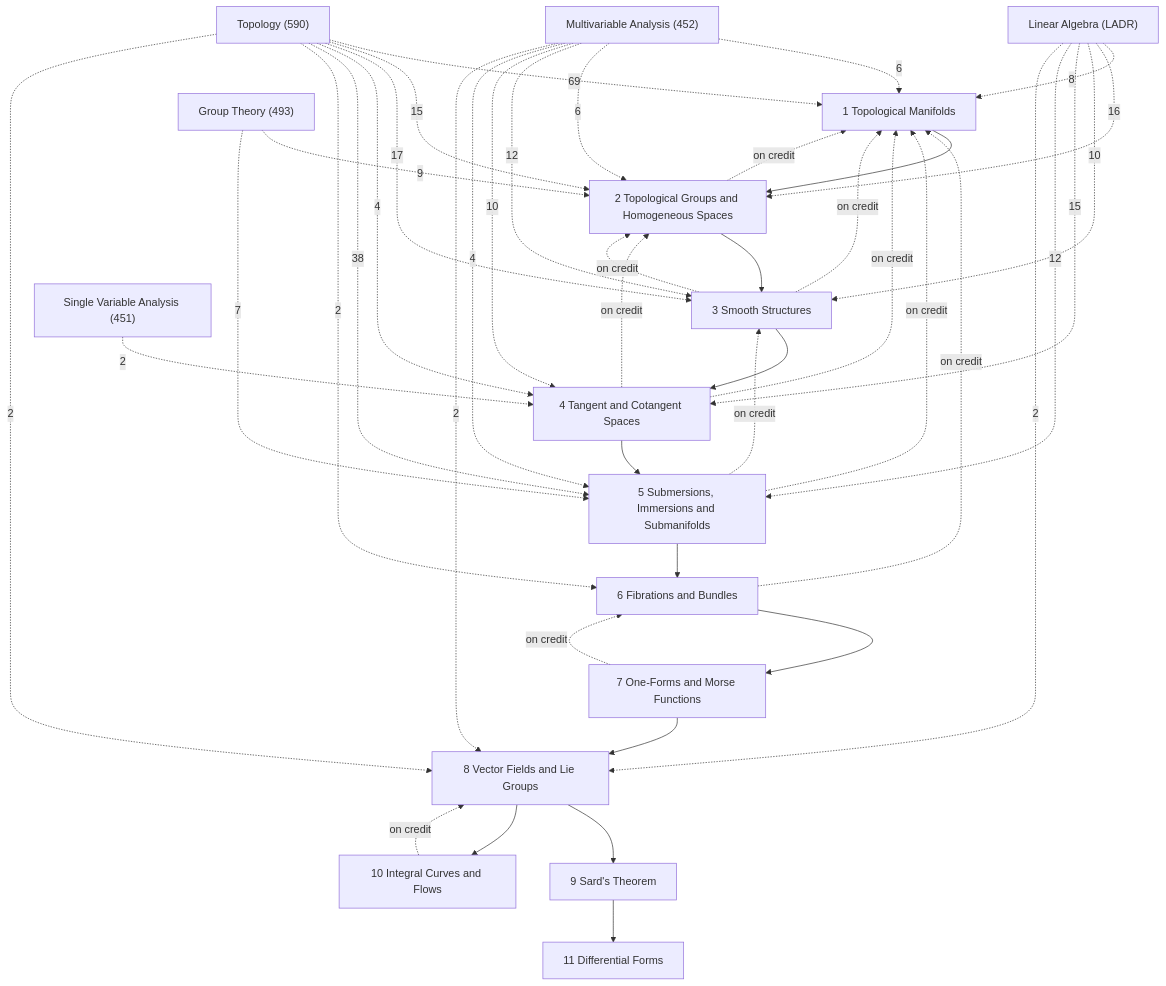
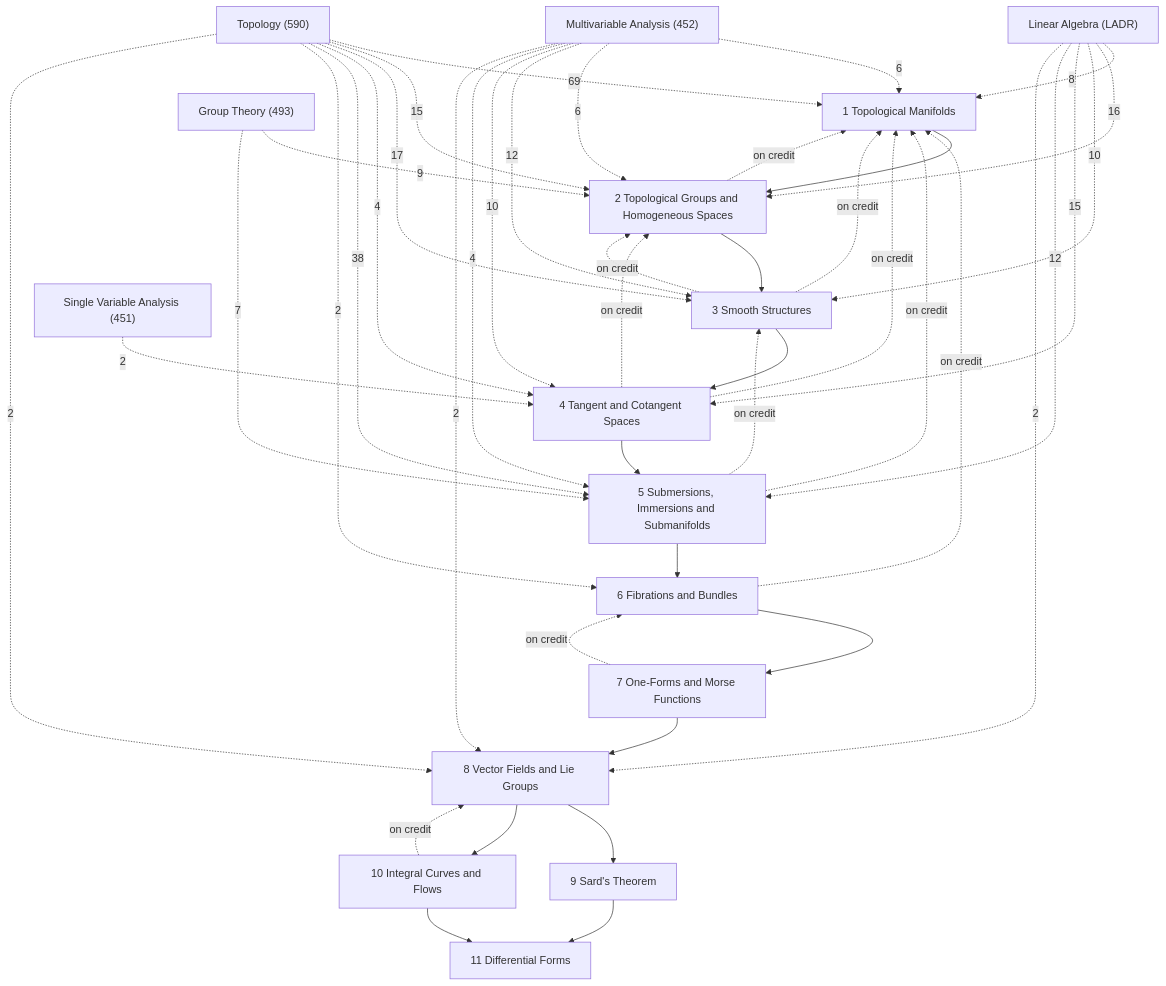
Before and after one commit to Onion20040508/notes: the diagram in Math/Differentiable Manifolds/Differentiable Manifolds.md, drawn with Mermaid. The commit also changed other lines of this file and 30 other files, not shown here.

````diff
--- a/Math/Differentiable Manifolds/Differentiable Manifolds.md
+++ b/Math/Differentiable Manifolds/Differentiable Manifolds.md
@@ -27,61 +27,62 @@
 ```mermaid
 graph TD
   C1["1 Topological Manifolds"]
   C2["2 Topological Groups and Homogeneous Spaces"]
   C3["3 Smooth Structures"]
   C4["4 Tangent and Cotangent Spaces"]
   C5["5 Submersions, Immersions and Submanifolds"]
   C6["6 Fibrations and Bundles"]
   C7["7 One-Forms and Morse Functions"]
   C8["8 Vector Fields and Lie Groups"]
   C9["9 Sard's Theorem"]
   C10["10 Integral Curves and Flows"]
   C11["11 Differential Forms"]
   X1["Topology (590)"]
   X2["Multivariable Analysis (452)"]
   X3["Linear Algebra (LADR)"]
   X4["Group Theory (493)"]
   X5["Single Variable Analysis (451)"]
   C1 --> C2
   C2 --> C3
   C3 --> C4
   C4 --> C5
   C5 --> C6
   C6 --> C7
   C7 --> C8
   C8 --> C9
   C8 --> C10
   C9 --> C11
+  C10 --> C11
   C2 -.->|on credit| C1
   C3 -.->|on credit| C1
   C3 -.->|on credit| C2
   C4 -.->|on credit| C1
   C4 -.->|on credit| C2
   C5 -.->|on credit| C1
   C5 -.->|on credit| C3
   C6 -.->|on credit| C1
   C7 -.->|on credit| C6
   C10 -.->|on credit| C8
   X4 -.->|9| C2
   X4 -.->|7| C5
   X3 -.->|8| C1
   X3 -.->|16| C2
   X3 -.->|10| C3
   X3 -.->|15| C4
   X3 -.->|12| C5
   X3 -.->|2| C8
   X2 -.->|6| C1
   X2 -.->|6| C2
   X2 -.->|12| C3
   X2 -.->|10| C4
   X2 -.->|4| C5
   X2 -.->|2| C8
   X5 -.->|2| C4
   X1 -.->|69| C1
   X1 -.->|15| C2
   X1 -.->|17| C3
   X1 -.->|4| C4
   X1 -.->|38| C5
   X1 -.->|2| C6
   X1 -.->|2| C8
 ```
````
